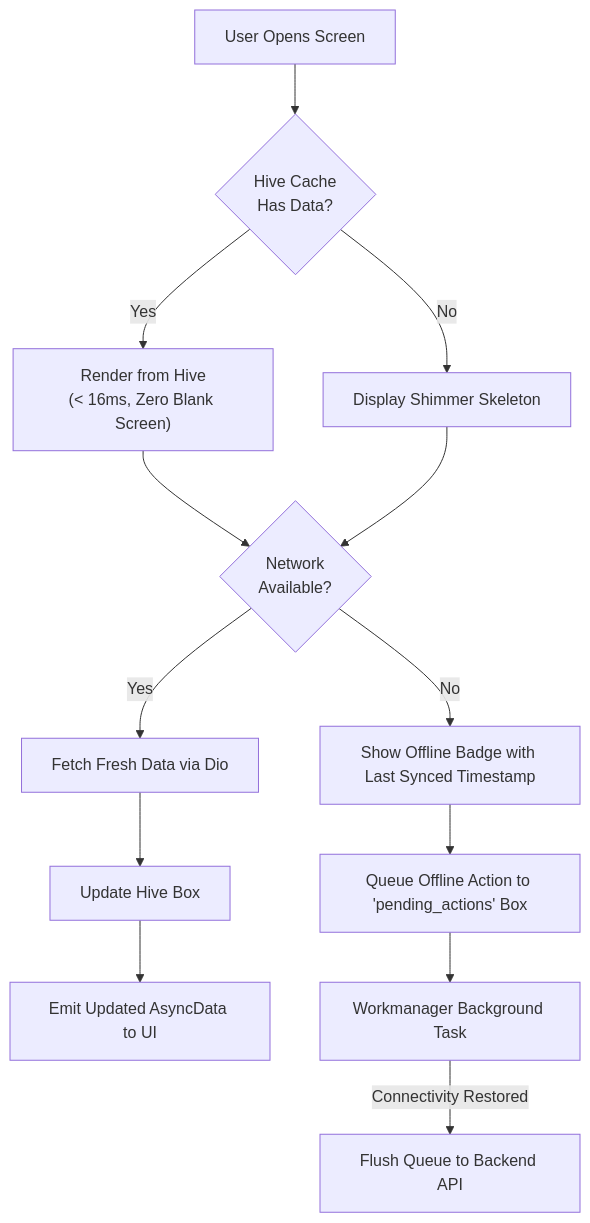
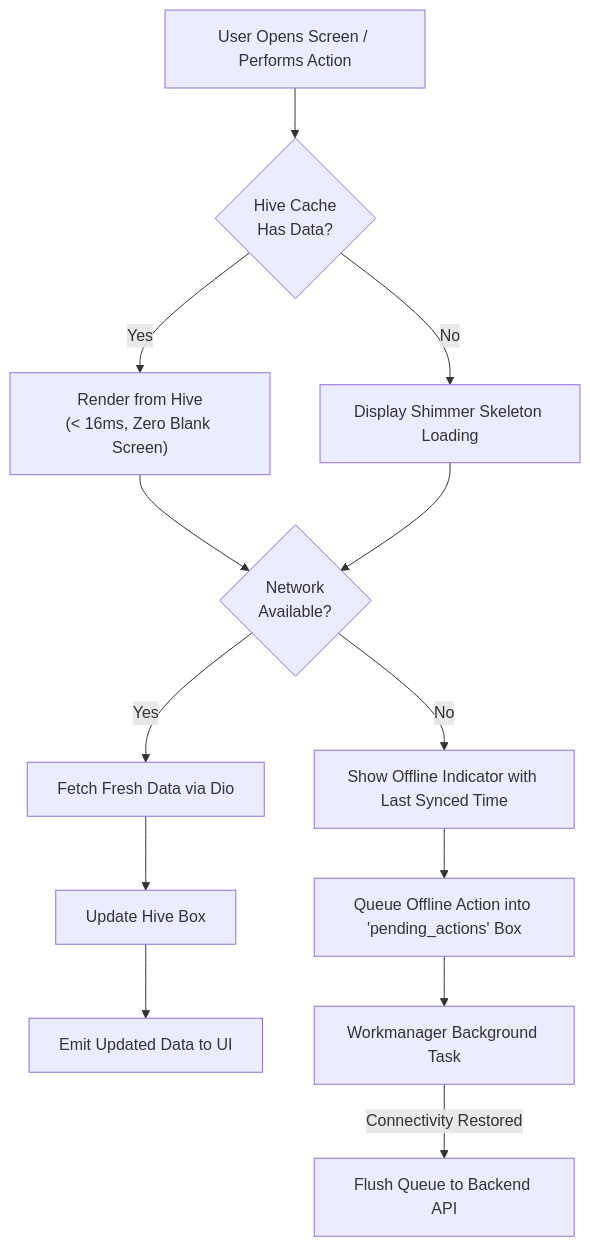
The third of 3 diagrams in docs/ARCHITECTURE.md (agrietech/agriEtech-frontend), drawn with Mermaid before and after one commit. The commit also changed other lines of this file and 3 other files, not shown here.

Commit message:
Update Architecture, Modules Catalog, Team Task Assignments, and README (#26)

````diff
--- a/docs/ARCHITECTURE.md
+++ b/docs/ARCHITECTURE.md
@@ -136,19 +151,19 @@
 ```mermaid
 flowchart TD
-    A["User Opens Screen"] --> B{"Hive Cache<br/>Has Data?"}
+    A["User Opens Screen / Performs Action"] --> B{"Hive Cache<br/>Has Data?"}
     B -->|Yes| C["Render from Hive<br/>(< 16ms, Zero Blank Screen)"]
-    B -->|No| D["Display Shimmer Skeleton"]
+    B -->|No| D["Display Shimmer Skeleton Loading"]
 
     C --> E{"Network<br/>Available?"}
     D --> E
 
     E -->|Yes| F["Fetch Fresh Data via Dio"]
-    E -->|No| G["Show Offline Badge with Last Synced Timestamp"]
+    E -->|No| G["Show Offline Indicator with Last Synced Time"]
 
     F --> H["Update Hive Box"]
-    H --> I["Emit Updated AsyncData to UI"]
+    H --> I["Emit Updated Data to UI"]
 
-    G --> J["Queue Offline Action to 'pending_actions' Box"]
+    G --> J["Queue Offline Action into 'pending_actions' Box"]
     J --> K["Workmanager Background Task"]
     K -->|Connectivity Restored| L["Flush Queue to Backend API"]
 ```
````
